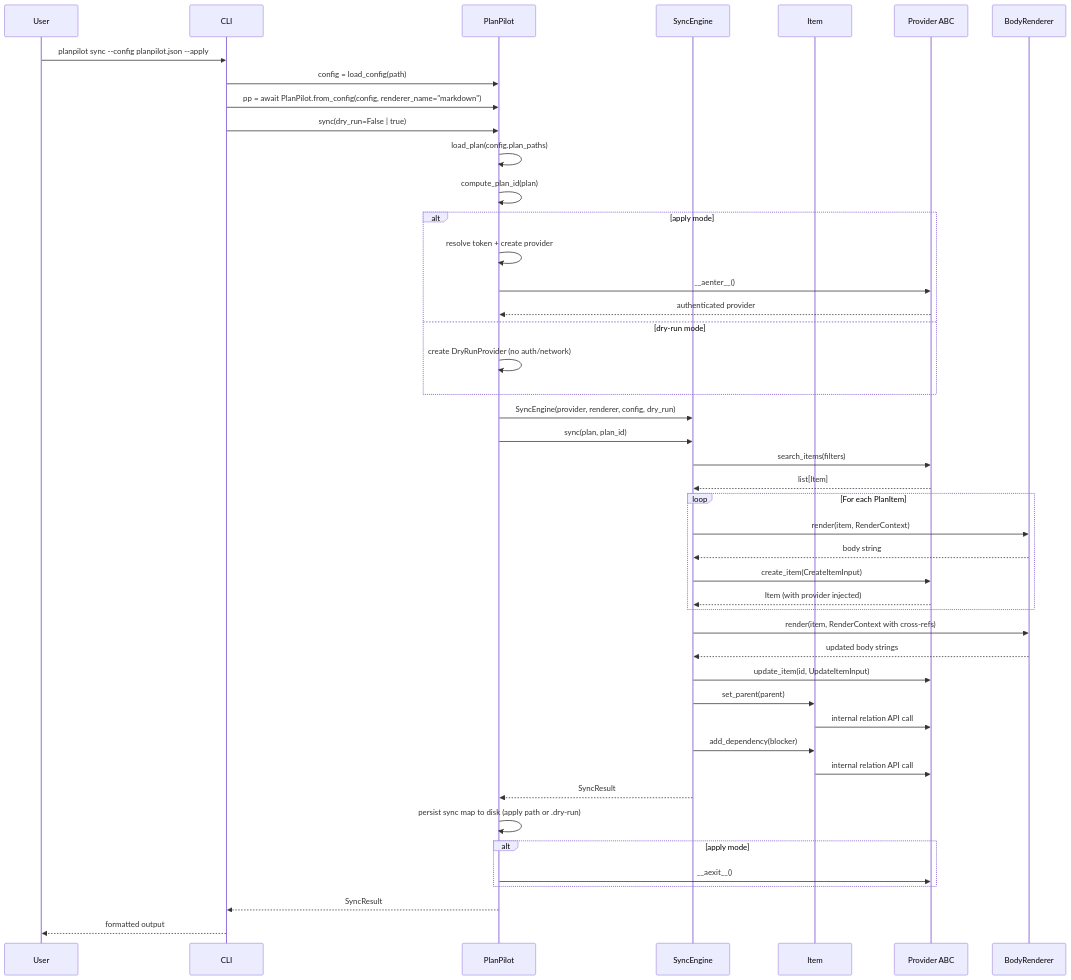
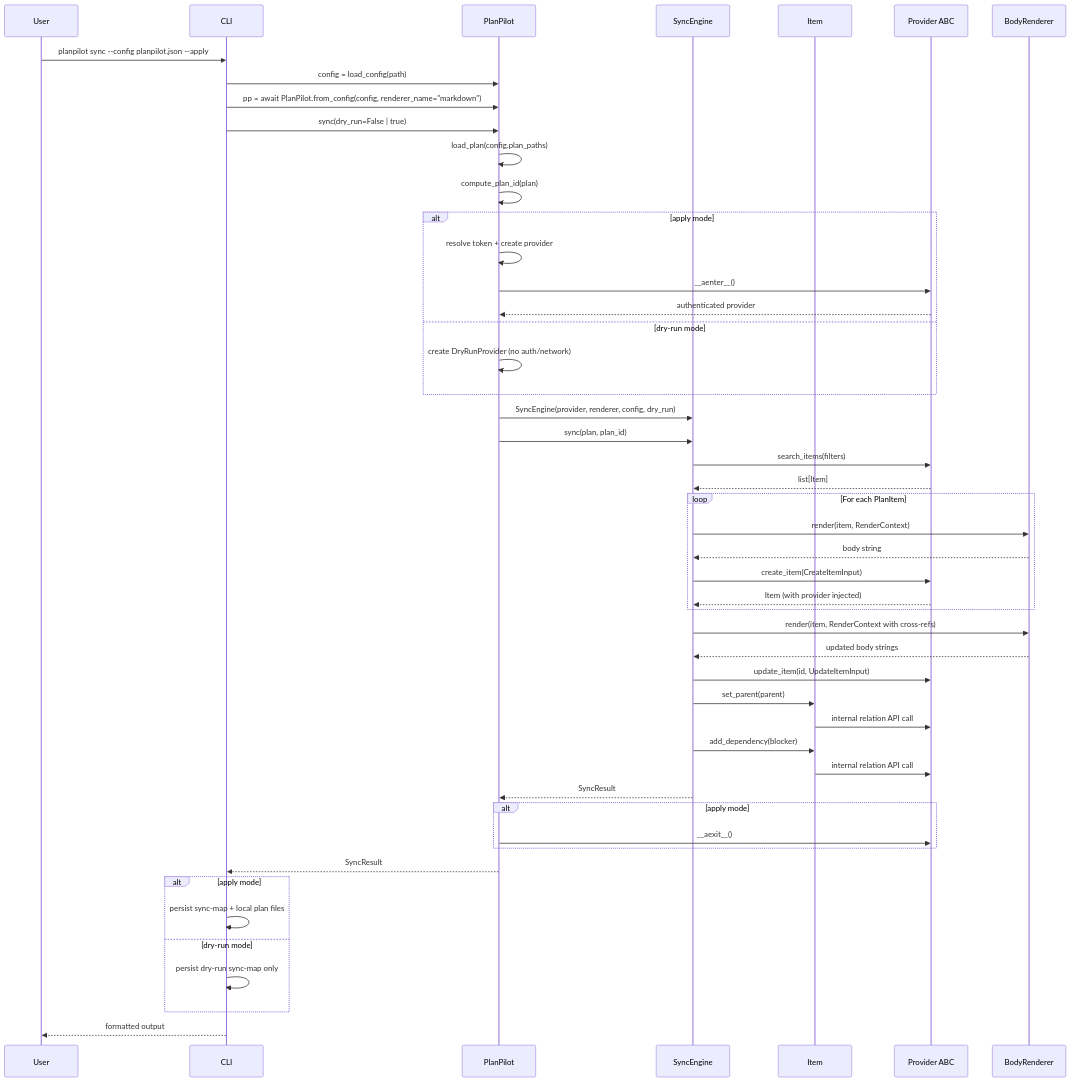
The third of 3 diagrams in docs/design/architecture.md (aryeko/planpilot), drawn with Mermaid before and after one commit. The commit also changed other lines of this file and 276 other files, not shown here.

````diff
--- a/docs/design/architecture.md
+++ b/docs/design/architecture.md
@@ -209,53 +218,57 @@
 ```mermaid
 sequenceDiagram
     participant User
     participant CLI
     participant SDK as PlanPilot
     participant Engine as SyncEngine
     participant Item as Item
     participant Provider as Provider ABC
     participant Renderer as BodyRenderer
 
     User->>CLI: planpilot sync --config planpilot.json --apply
     CLI->>SDK: config = load_config(path)
     CLI->>SDK: pp = await PlanPilot.from_config(config, renderer_name="markdown")
     CLI->>SDK: sync(dry_run=False | true)
     SDK->>SDK: load_plan(config.plan_paths)
     SDK->>SDK: compute_plan_id(plan)
     alt apply mode
         SDK->>SDK: resolve token + create provider
         SDK->>Provider: __aenter__()
         Provider-->>SDK: authenticated provider
     else dry-run mode
         SDK->>SDK: create DryRunProvider (no auth/network)
     end
     SDK->>Engine: SyncEngine(provider, renderer, config, dry_run)
     SDK->>Engine: sync(plan, plan_id)
 
     Engine->>Provider: search_items(filters)
     Provider-->>Engine: list[Item]
 
     loop For each PlanItem
         Engine->>Renderer: render(item, RenderContext)
         Renderer-->>Engine: body string
         Engine->>Provider: create_item(CreateItemInput)
         Provider-->>Engine: Item (with provider injected)
     end
 
     Engine->>Renderer: render(item, RenderContext with cross-refs)
     Renderer-->>Engine: updated body strings
     Engine->>Provider: update_item(id, UpdateItemInput)
 
     Engine->>Item: set_parent(parent)
     Item->>Provider: internal relation API call
     Engine->>Item: add_dependency(blocker)
     Item->>Provider: internal relation API call
 
     Engine-->>SDK: SyncResult
-    SDK->>SDK: persist sync map to disk (apply path or .dry-run)
     alt apply mode
         SDK->>Provider: __aexit__()
     end
     SDK-->>CLI: SyncResult
+    alt apply mode
+        CLI->>CLI: persist sync-map + local plan files
+    else dry-run mode
+        CLI->>CLI: persist dry-run sync-map only
+    end
     CLI-->>User: formatted output
 ```
````
